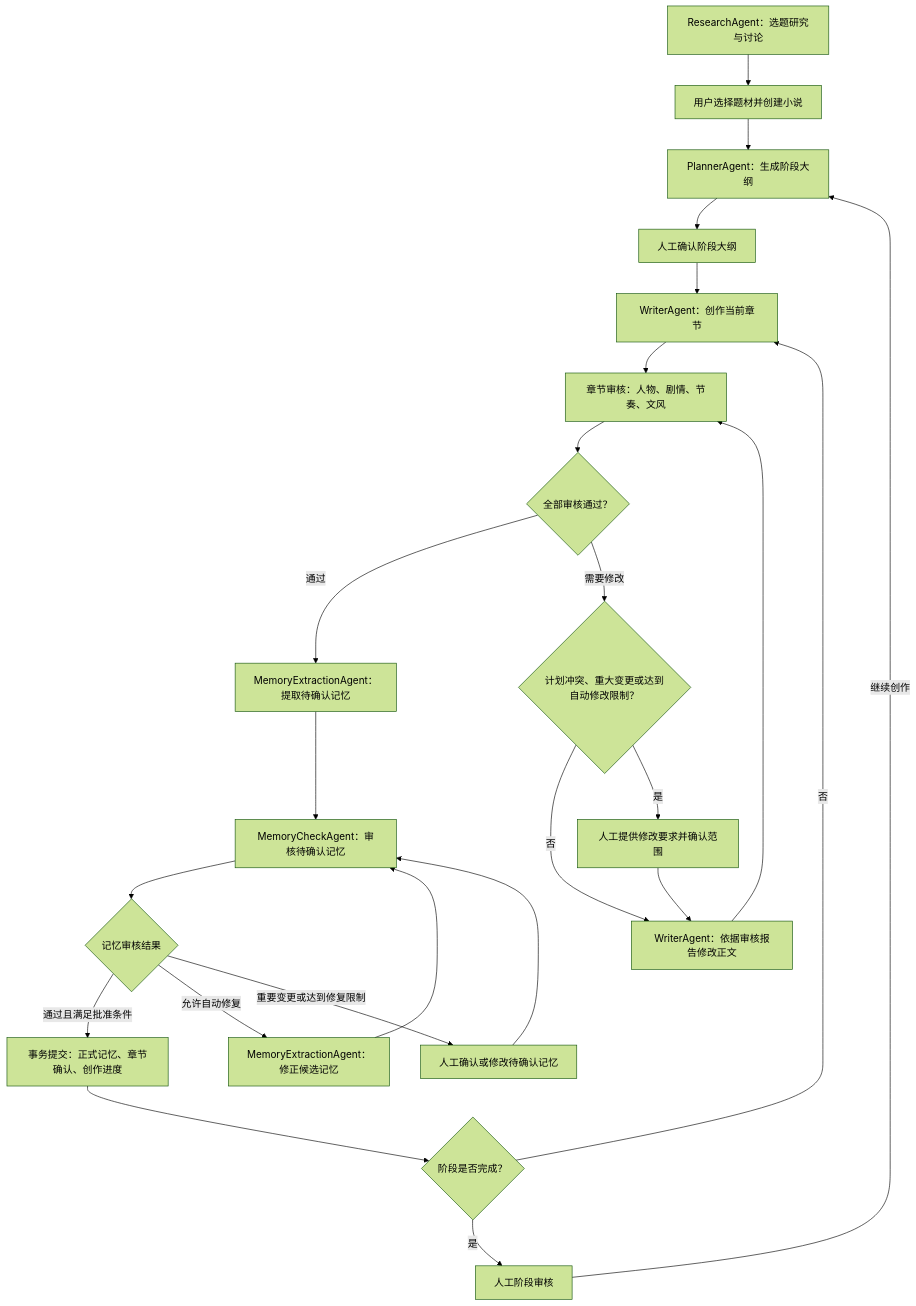
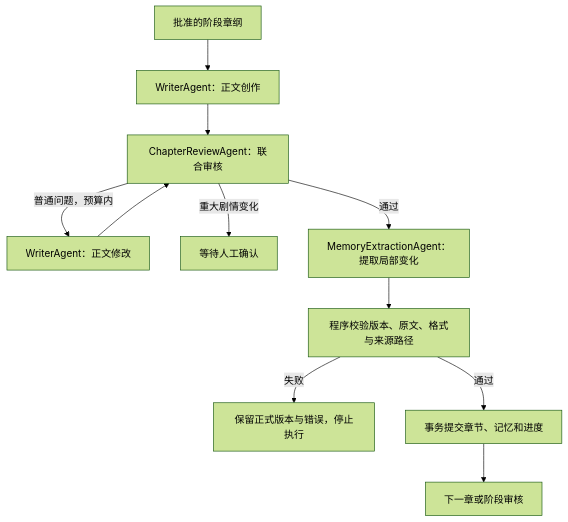
One commit to ccii1/novel-agent changed the diagram in docs/multi-agent-workflow.md. Above: the diagram before and after it, drawn with Mermaid (forest theme). The commit also changed other lines of this file and 29 other files, not shown here.

````diff
--- a/docs/multi-agent-workflow.md
+++ b/docs/multi-agent-workflow.md
@@ -11,26 +7,13 @@
 ```mermaid
 flowchart TD
-    Research["ResearchAgent：选题研究与讨论"] --> Create["用户选择题材并创建小说"]
-    Create --> Plan["PlannerAgent：生成阶段大纲"]
-    Plan --> ApprovePlan["人工确认阶段大纲"]
-    ApprovePlan --> Write["WriterAgent：创作当前章节"]
-    Write --> Review["章节审核：人物、剧情、节奏、文风"]
-    Review --> ReviewResult{"全部审核通过？"}
-    ReviewResult -->|通过| Extract["MemoryExtractionAgent：提取待确认记忆"]
-    ReviewResult -->|需要修改| Boundary{"计划冲突、重大变更或达到自动修改限制？"}
-    Boundary -->|否| Rewrite["WriterAgent：依据审核报告修改正文"]
-    Boundary -->|是| HumanDraft["人工提供修改要求并确认范围"]
-    HumanDraft --> Rewrite
+    Plan[批准的阶段章纲] --> Write[WriterAgent：正文创作]
+    Write --> Review[ChapterReviewAgent：联合审核]
+    Review -->|普通问题，预算内| Rewrite[WriterAgent：正文修改]
     Rewrite --> Review
-    Extract --> MemoryCheck["MemoryCheckAgent：审核待确认记忆"]
-    MemoryCheck --> MemoryResult{"记忆审核结果"}
-    MemoryResult -->|通过且满足批准条件| Commit["事务提交：正式记忆、章节确认、创作进度"]
-    MemoryResult -->|允许自动修复| Repair["MemoryExtractionAgent：修正候选记忆"]
-    Repair --> MemoryCheck
-    MemoryResult -->|重要变更或达到修复限制| HumanMemory["人工确认或修改待确认记忆"]
-    HumanMemory --> MemoryCheck
-    Commit --> Stage{"阶段是否完成？"}
-    Stage -->|否| Write
-    Stage -->|是| HumanStage["人工阶段审核"]
-    HumanStage -->|继续创作| Plan
+    Review -->|重大剧情变化| Human[等待人工确认]
+    Review -->|通过| Extract[MemoryExtractionAgent：提取局部变化]
+    Extract --> Validate[程序校验版本、原文、格式与来源路径]
+    Validate -->|失败| Error[保留正式版本与错误，停止执行]
+    Validate -->|通过| Commit[事务提交章节、记忆和进度]
+    Commit --> Next[下一章或阶段审核]
 ```
````
